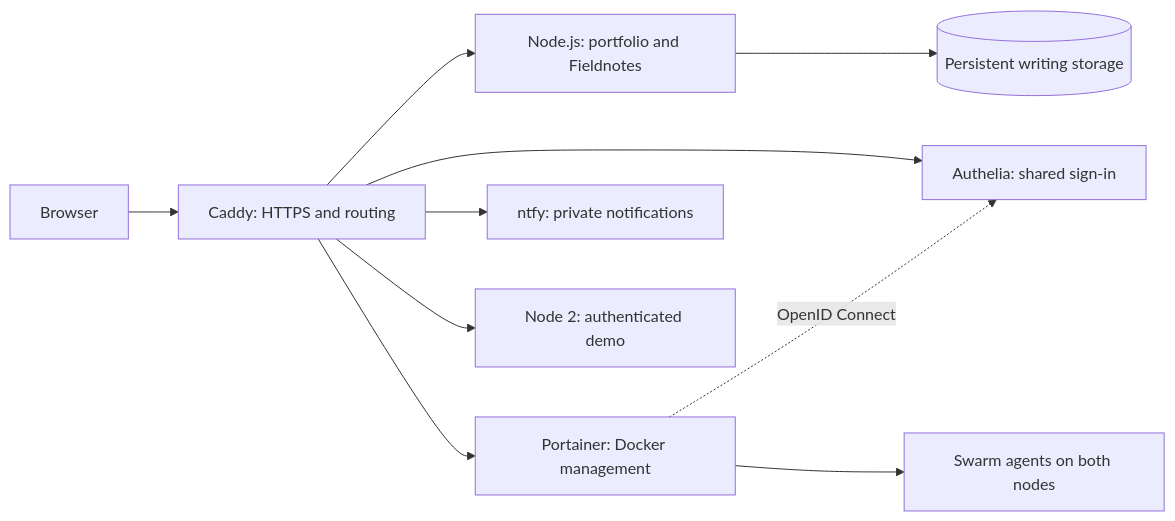
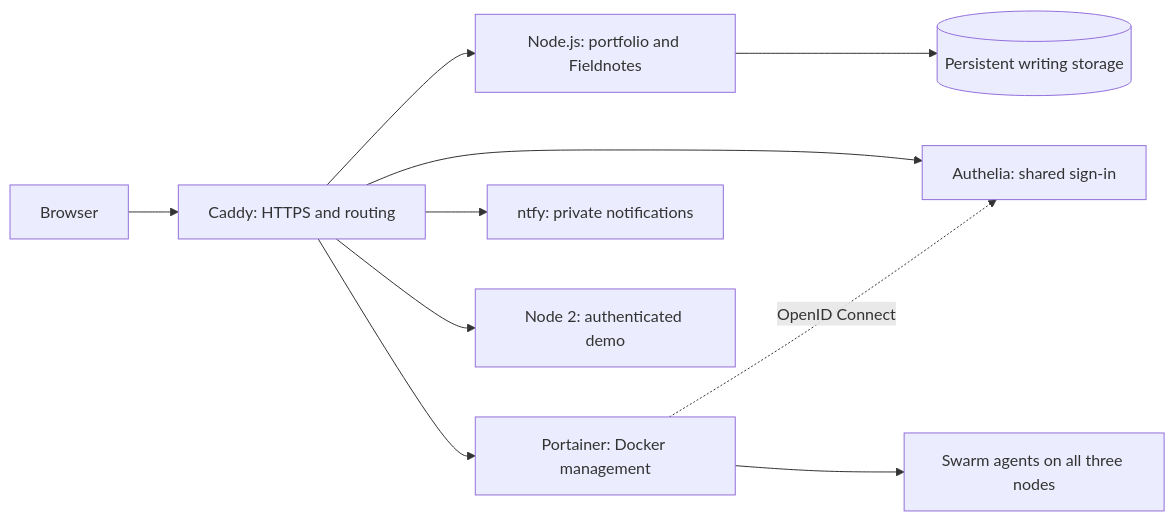
Before and after one commit to RithvikRS/Portfolio-website: the diagram in README.md, drawn with Mermaid. The commit also changed other lines of this file and 7 other files, not shown here.

````diff
--- a/README.md
+++ b/README.md
@@ -27,12 +27,12 @@
 ```mermaid
 flowchart LR
     browser[Browser] --> caddy[Caddy: HTTPS and routing]
     caddy --> app[Node.js: portfolio and Fieldnotes]
     caddy --> auth[Authelia: shared sign-in]
     caddy --> portainer[Portainer: Docker management]
     caddy --> ntfy[ntfy: private notifications]
     caddy --> worker[Node 2: authenticated demo]
-    portainer --> agents[Swarm agents on both nodes]
+    portainer --> agents[Swarm agents on all three nodes]
     portainer -. OpenID Connect .-> auth
     app --> notes[(Persistent writing storage)]
 ```
````
